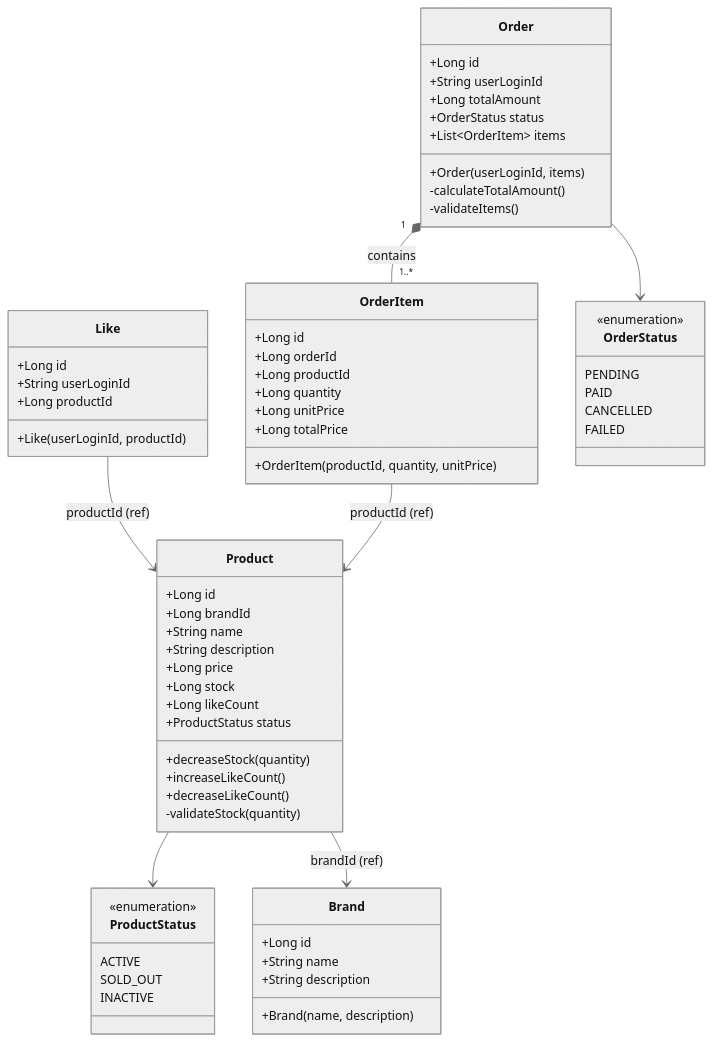
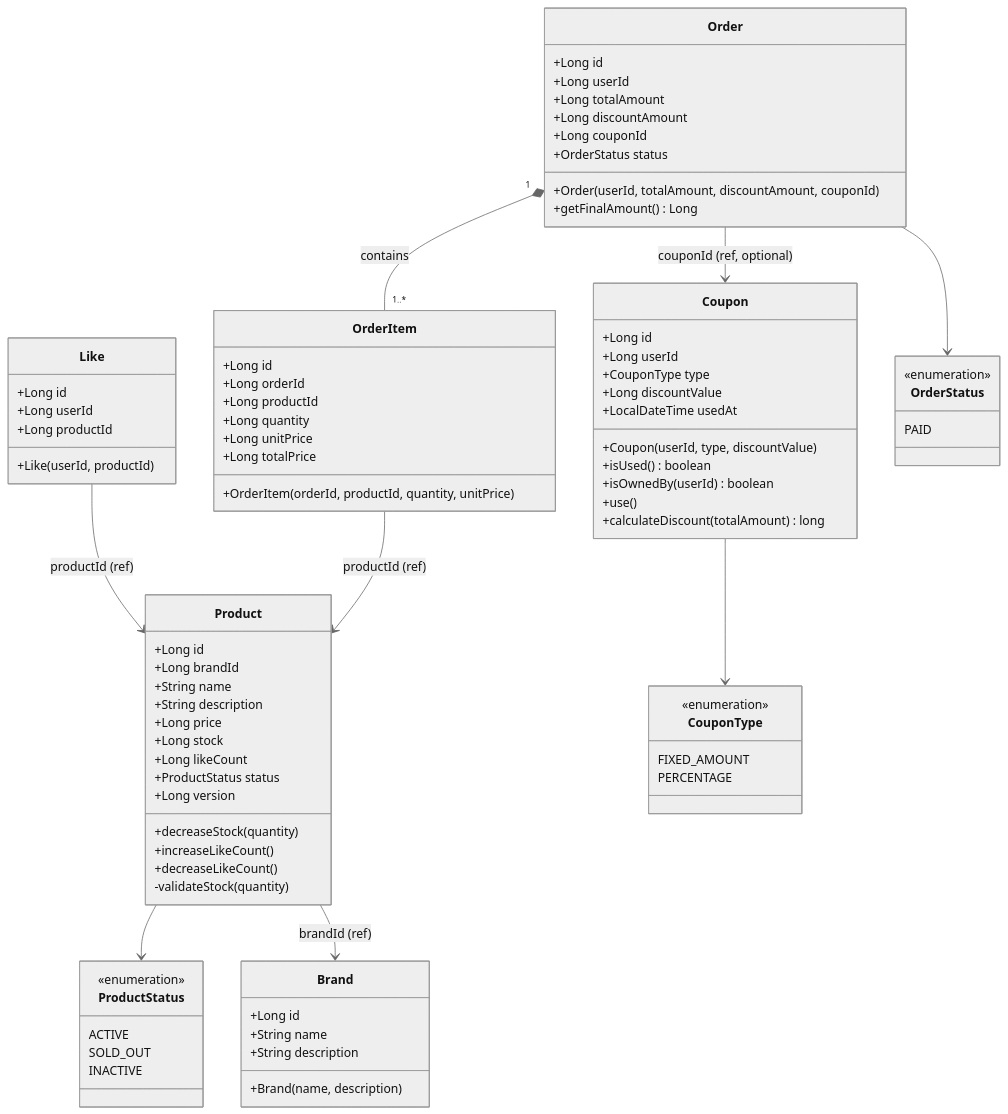
Before and after one commit to kinowk/e-commerce: the diagram in docs/design/03-class-diagram.md, drawn with Mermaid (neutral theme). The commit also changed other lines of this file and 1 other file, not shown here.

Commit message:
docs: ERD 및 클래스 다이어그램 최신화
- 모든 엔티티 PK 컬럼명을 domain_id 형식으로 통일
- FK 컬럼에 ref_ prefix 반영 (user_login_id → ref_user_id 등)
- coupons 테이블 추가 (coupon_id, ref_user_id, type, discount_value, used_at)
- orders 테이블에 discount_amount, ref_coupon_id 추가
- 클래스 다이어그램에 Coupon 도메인 추가 및 Like/Order userId 타입 수정
- X-USER-ID 헤더가 Long userId 기반임을 설계 원칙에 명시

````diff
--- a/docs/design/03-class-diagram.md
+++ b/docs/design/03-class-diagram.md
@@ -31,6 +32,7 @@
         +Long stock
         +Long likeCount
         +ProductStatus status
+        +Long version
         +decreaseStock(quantity)
         +increaseLikeCount()
         +decreaseLikeCount()
@@ -46,20 +48,39 @@
 
     class Like {
         +Long id
-        +String userLoginId
+        +Long userId
         +Long productId
-        +Like(userLoginId, productId)
+        +Like(userId, productId)
+    }
+
+    class Coupon {
+        +Long id
+        +Long userId
+        +CouponType type
+        +Long discountValue
+        +LocalDateTime usedAt
+        +Coupon(userId, type, discountValue)
+        +isUsed() boolean
+        +isOwnedBy(userId) boolean
+        +use()
+        +calculateDiscount(totalAmount) long
+    }
+
+    class CouponType {
+        <<enumeration>>
+        FIXED_AMOUNT
+        PERCENTAGE
     }
 
     class Order {
         +Long id
-        +String userLoginId
+        +Long userId
         +Long totalAmount
+        +Long discountAmount
+        +Long couponId
         +OrderStatus status
-        +List~OrderItem~ items
-        +Order(userLoginId, items)
-        -calculateTotalAmount()
-        -validateItems()
+        +Order(userId, totalAmount, discountAmount, couponId)
+        +getFinalAmount() Long
     }
 
     class OrderItem {
@@ -69,21 +90,20 @@
         +Long quantity
         +Long unitPrice
         +Long totalPrice
-        +OrderItem(productId, quantity, unitPrice)
+        +OrderItem(orderId, productId, quantity, unitPrice)
     }
 
     class OrderStatus {
         <<enumeration>>
-        PENDING
         PAID
-        CANCELLED
-        FAILED
     }
 
     Product --> ProductStatus
     Product --> Brand : brandId (ref)
     Like --> Product : productId (ref)
+    Coupon --> CouponType
     Order --> OrderStatus
+    Order --> Coupon : couponId (ref, optional)
     Order "1" *-- "1..*" OrderItem : contains
     OrderItem --> Product : productId (ref)
 ```
````
